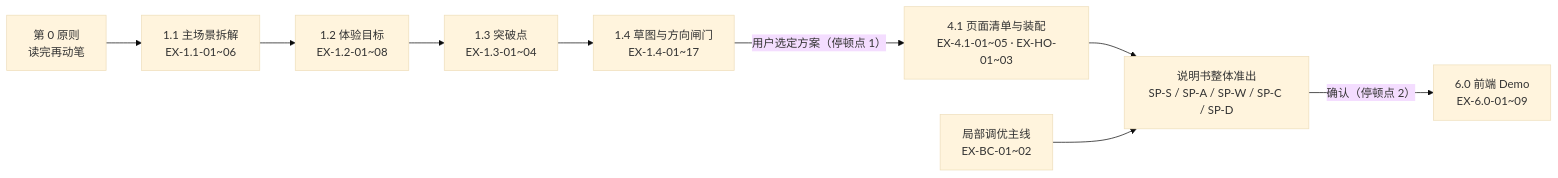
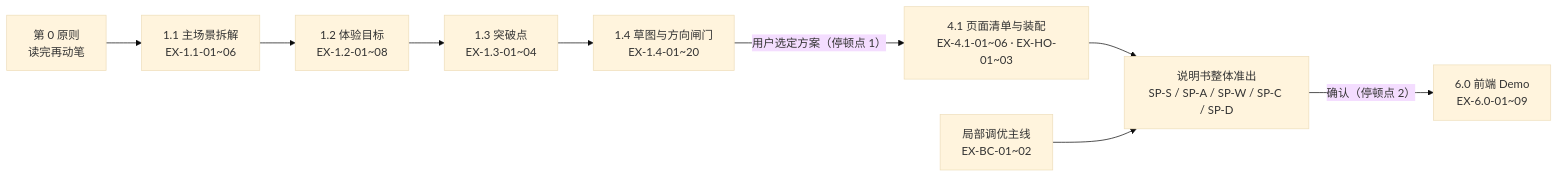
Before and after one commit to wangjue2026/skill-designer-prism: the diagram in 04-workflows-and-cases/准出门禁总表.md, drawn with Mermaid (base theme). The commit also changed other lines of this file and 19 other files, not shown here.

````diff
--- a/04-workflows-and-cases/准出门禁总表.md
+++ b/04-workflows-and-cases/准出门禁总表.md
@@ -19,11 +19,11 @@
 ```mermaid
 graph LR
   R["第 0 原则<br/>读完再动笔"] --> A1["1.1 主场景拆解<br/>EX-1.1-01~06"]
   A1 --> A2["1.2 体验目标<br/>EX-1.2-01~08"]
   A2 --> A3["1.3 突破点<br/>EX-1.3-01~04"]
-  A3 --> A4["1.4 草图与方向闸门<br/>EX-1.4-01~17"]
-  A4 -->|"用户选定方案（停顿点 1）"| A41["4.1 页面清单与装配<br/>EX-4.1-01~05 · EX-HO-01~03"]
+  A3 --> A4["1.4 草图与方向闸门<br/>EX-1.4-01~20"]
+  A4 -->|"用户选定方案（停顿点 1）"| A41["4.1 页面清单与装配<br/>EX-4.1-01~06 · EX-HO-01~03"]
   A41 --> SP["说明书整体准出<br/>SP-S / SP-A / SP-W / SP-C / SP-D"]
   SP -->|"确认（停顿点 2）"| C["6.0 前端 Demo<br/>EX-6.0-01~09"]
   T["局部调优主线<br/>EX-BC-01~02"] --> SP
 ```
````
